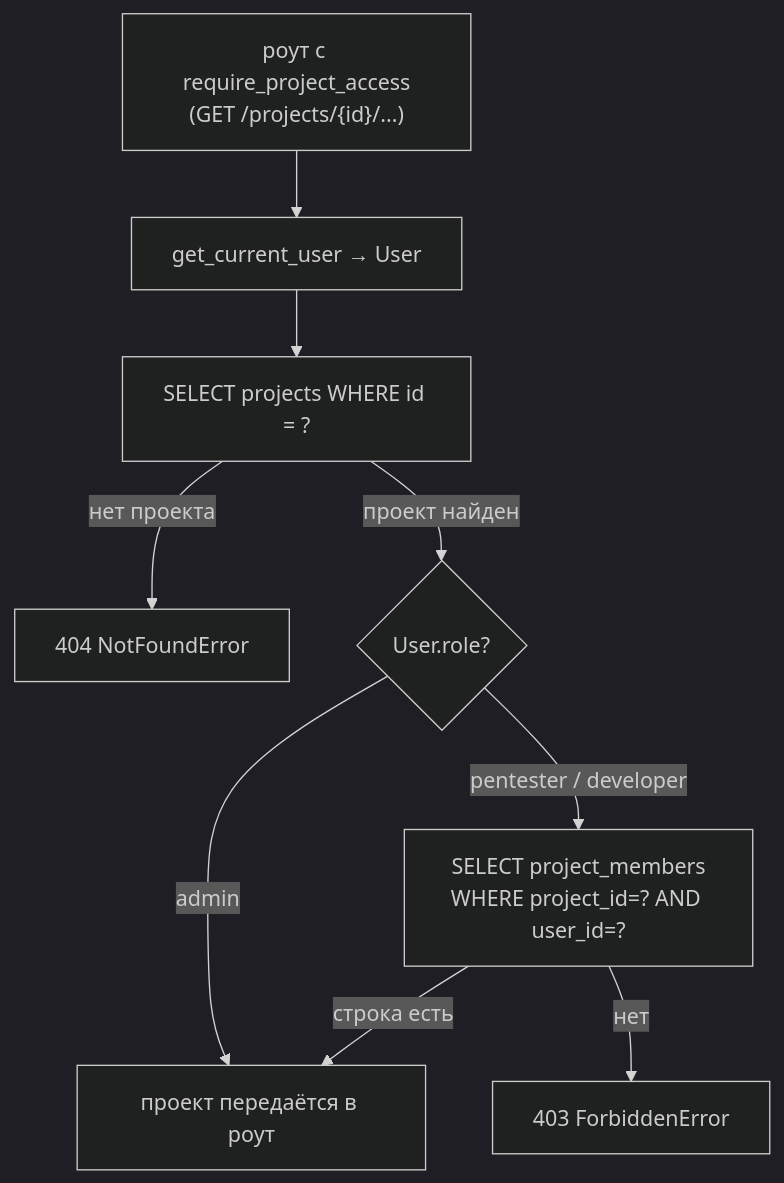
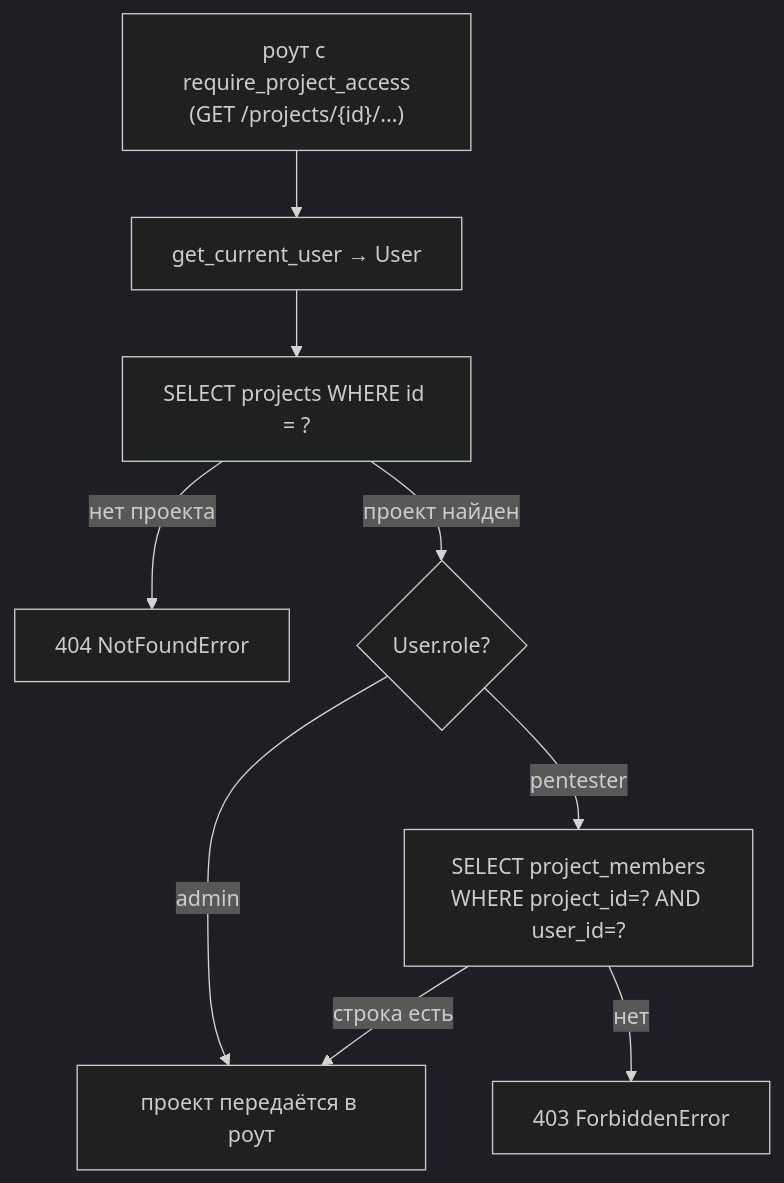
The seventh of 21 diagrams in ARCH_DIAGRAMS.md (nkolomiika/SberPCF), drawn with Mermaid (dark theme) before and after one commit. The commit also changed other lines of this file and 12 other files, not shown here.

````diff
--- a/ARCH_DIAGRAMS.md
+++ b/ARCH_DIAGRAMS.md
@@ -270,12 +250,12 @@
 ```mermaid
 flowchart TB
     Endpoint["роут с require_project_access<br/>(GET /projects/{id}/...)"]
     Endpoint --> User["get_current_user → User"]
     User --> Lookup["SELECT projects WHERE id = ?"]
     Lookup -->|нет проекта| NotFound["404 NotFoundError"]
     Lookup -->|проект найден| Role{"User.role?"}
     Role -->|admin| Allow["проект передаётся в роут"]
-    Role -->|pentester / developer| Member["SELECT project_members<br/>WHERE project_id=? AND user_id=?"]
+    Role -->|pentester| Member["SELECT project_members<br/>WHERE project_id=? AND user_id=?"]
     Member -->|строка есть| Allow
     Member -->|нет| Forbid["403 ForbiddenError"]
 ```
````
